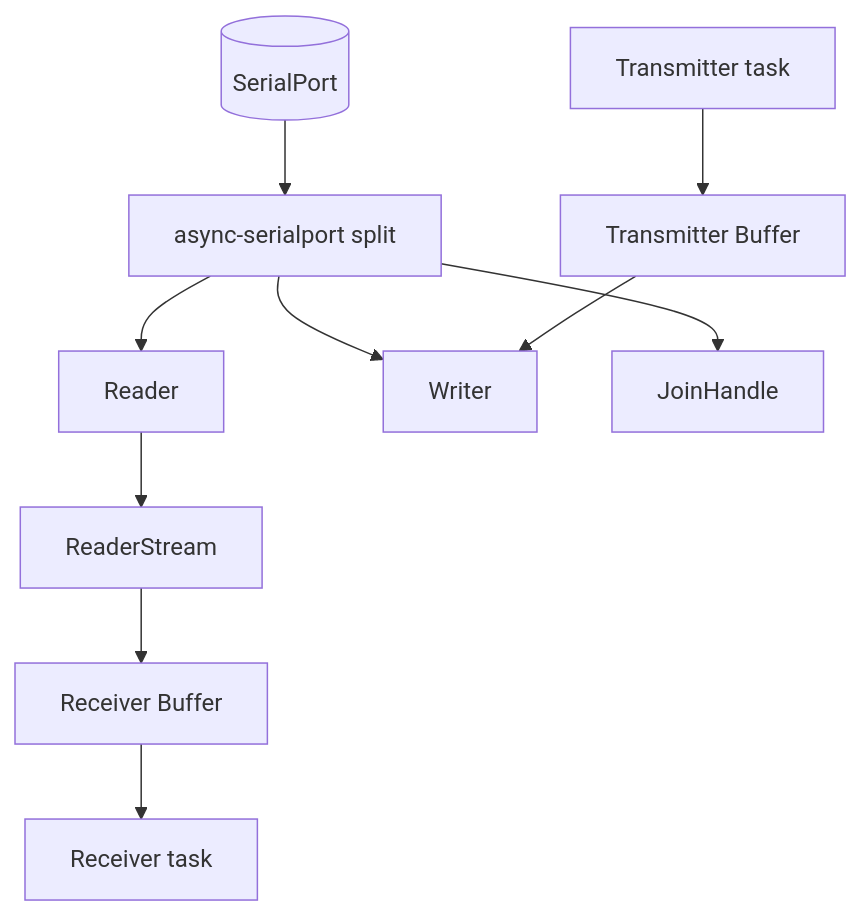
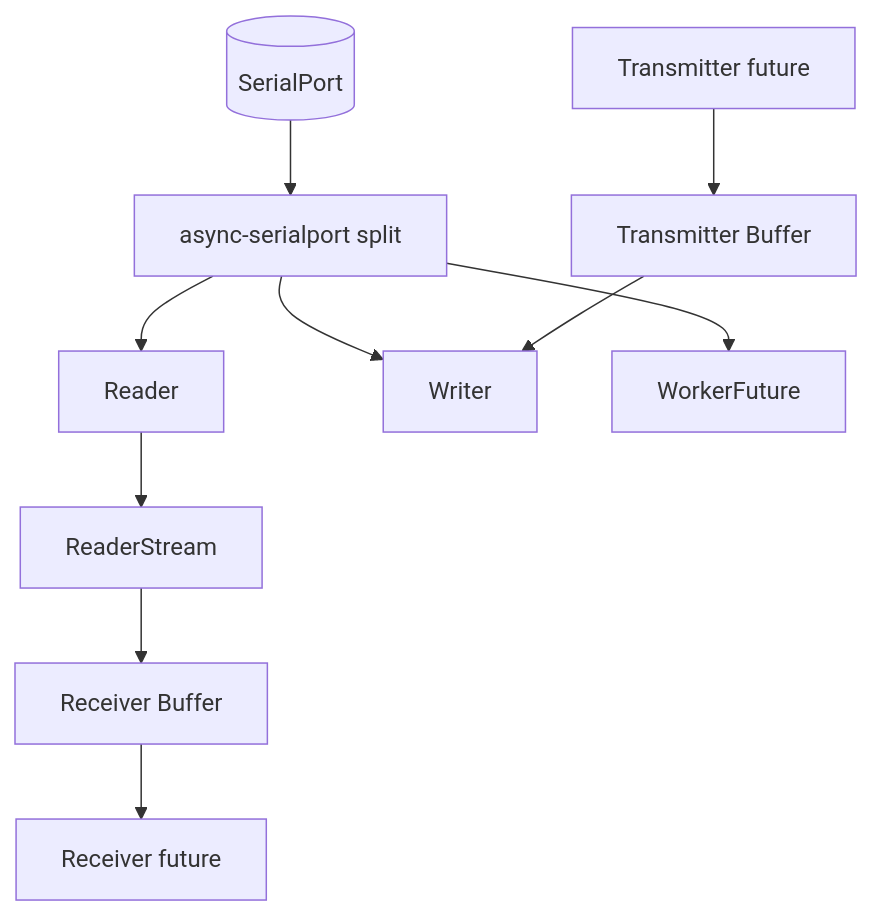
The fourth of 4 diagrams in ARCHITECTURE.md (PaulmannLighting/ashv2), drawn with Mermaid before and after one commit. The commit also changed other lines of this file and 8 other files, not shown here.

````diff
--- a/ARCHITECTURE.md
+++ b/ARCHITECTURE.md
@@ -152,23 +155,23 @@
 ```mermaid
 flowchart TD
     Port[(SerialPort)]
     Split[async-serialport split]
     Reader[Reader]
     Writer[Writer]
-    Join[JoinHandle]
+    Worker[WorkerFuture]
     Chunks[ReaderStream]
     RxBuffer[Receiver Buffer]
     TxBuffer[Transmitter Buffer]
-    Receiver[Receiver task]
-    Transmitter[Transmitter task]
+    Receiver[Receiver future]
+    Transmitter[Transmitter future]
 
     Port --> Split
     Split --> Reader
     Split --> Writer
-    Split --> Join
+    Split --> Worker
     Reader --> Chunks
     Chunks --> RxBuffer
     RxBuffer --> Receiver
     Transmitter --> TxBuffer
     TxBuffer --> Writer
 ```
````
